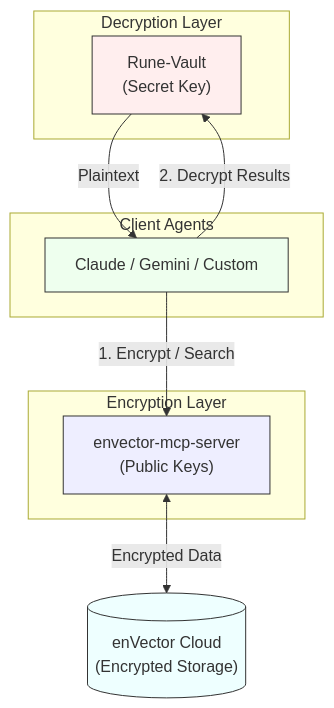
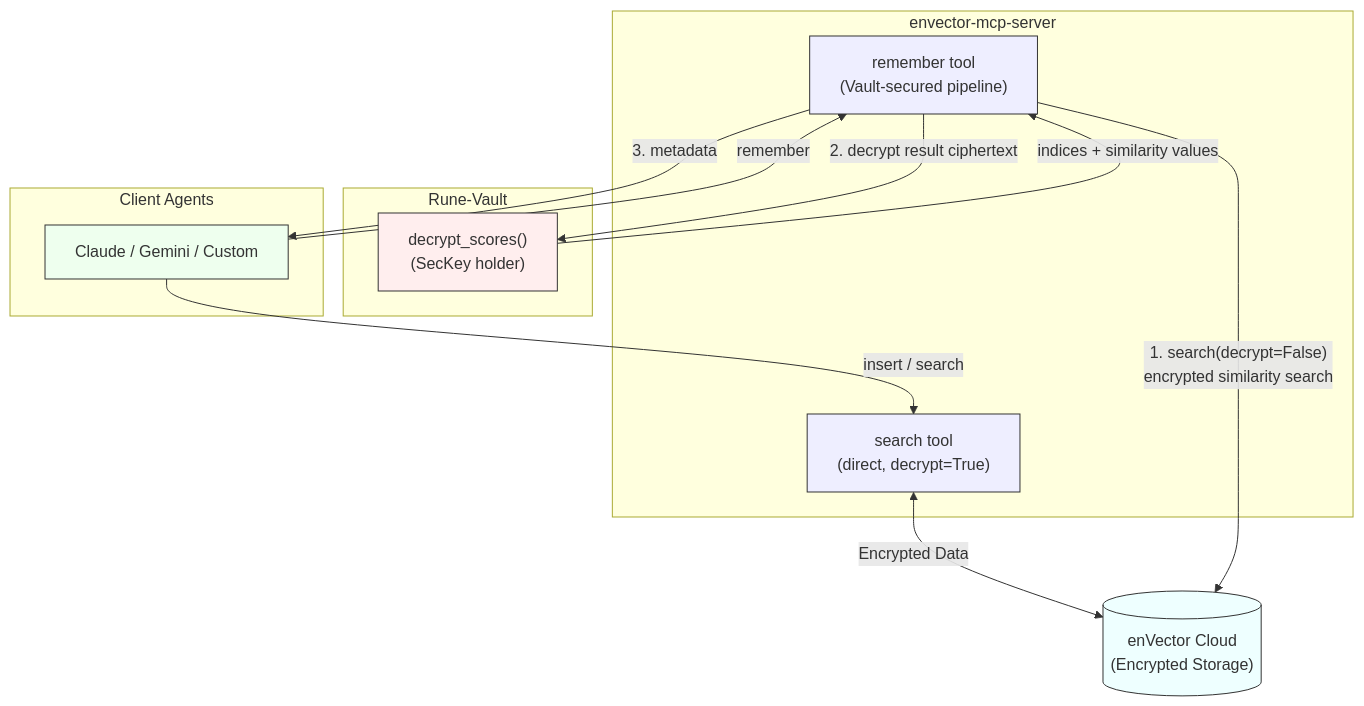
One commit to CryptoLabInc/rune changed the diagram in README.md. Above: the diagram before and after it, drawn with Mermaid. The commit also changed other lines of this file, not shown here.

Commit message:
Modified functional descriptions

````diff
--- a/README.md
+++ b/README.md
@@ -325,29 +326,35 @@
 ```mermaid
 flowchart TD
     Cloud[("enVector Cloud<br>(Encrypted Storage)")]
-    
-    subgraph Encryption [Encryption Layer]
-        MCP["envector-mcp-server<br>(Public Keys)"]
+
+    subgraph MCP [envector-mcp-server]
+        Search["search tool<br>(direct, decrypt=True)"]
+        Remember["remember tool<br>(Vault-secured pipeline)"]
     end
-    
-    subgraph Decryption [Decryption Layer]
-        Vault["Rune-Vault<br>(Secret Key)"]
+
+    subgraph Vault [Rune-Vault]
+        Decrypt["decrypt_scores()<br>(SecKey holder)"]
     end
-    
+
     subgraph Client [Client Agents]
         Agent["Claude / Gemini / Custom"]
     end
 
-    %% Flow
-    Agent -- "1. Encrypt / Search" --> MCP
-    MCP <-->|Encrypted Data| Cloud
-    
-    Agent -- "2. Decrypt Results" --> Vault
-    Vault -- "Plaintext" --> Agent
+    %% Capture flow
+    Agent -- "insert / search" --> Search
+    Search <-->|Encrypted Data| Cloud
+
+    %% Recall flow (3-step pipeline)
+    Agent -- "remember" --> Remember
+    Remember -- "1. search(decrypt=False)<br>encrypted similarity search" --> Cloud
+    Remember -- "2. decrypt result ciphertext" --> Decrypt
+    Decrypt -- "indices + similarity values" --> Remember
+    Remember -- "3. metadata" --> Agent
 
     %% Styles
     style Cloud fill:#eff,stroke:#333
-    style MCP fill:#eef,stroke:#333
-    style Vault fill:#fee,stroke:#333
+    style Search fill:#eef,stroke:#333
+    style Remember fill:#eef,stroke:#333
+    style Decrypt fill:#fee,stroke:#333
     style Agent fill:#efe,stroke:#333
 ```
````
